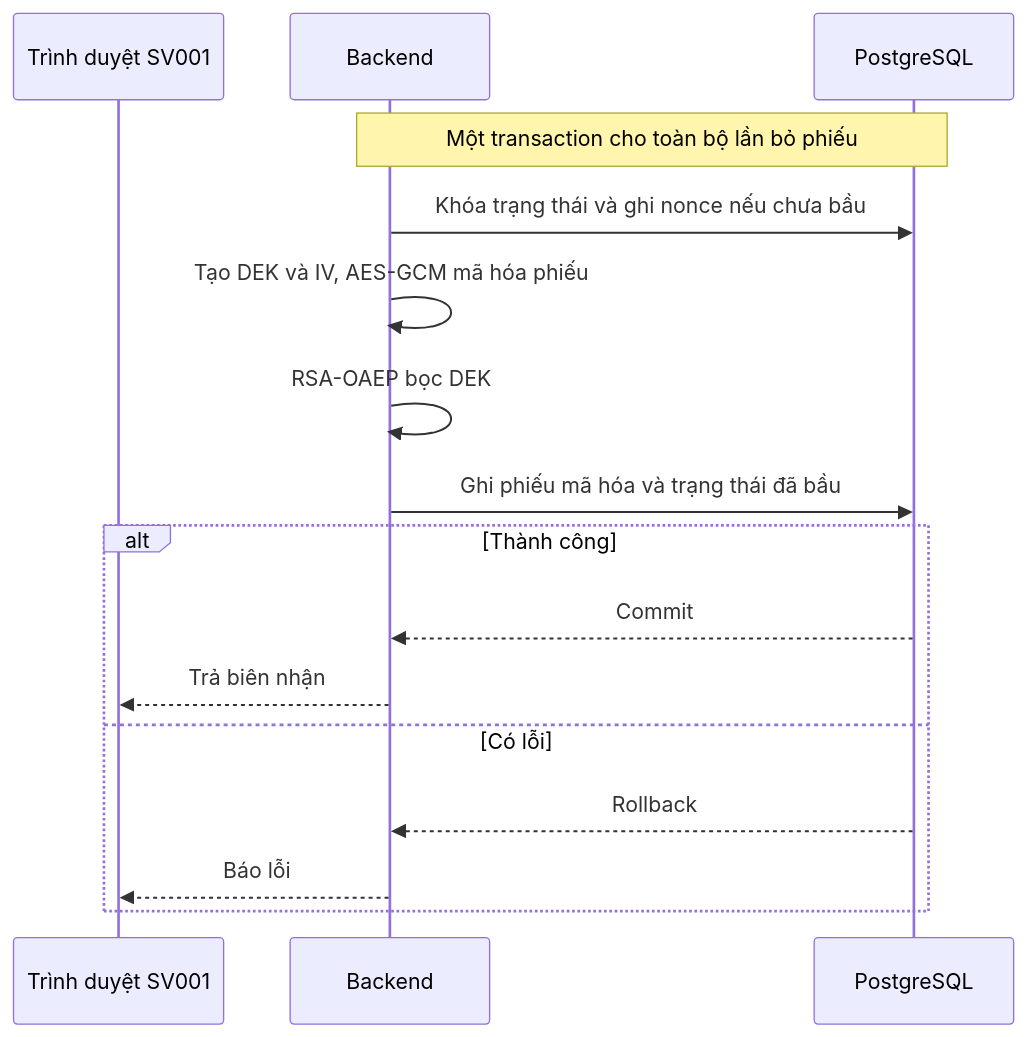
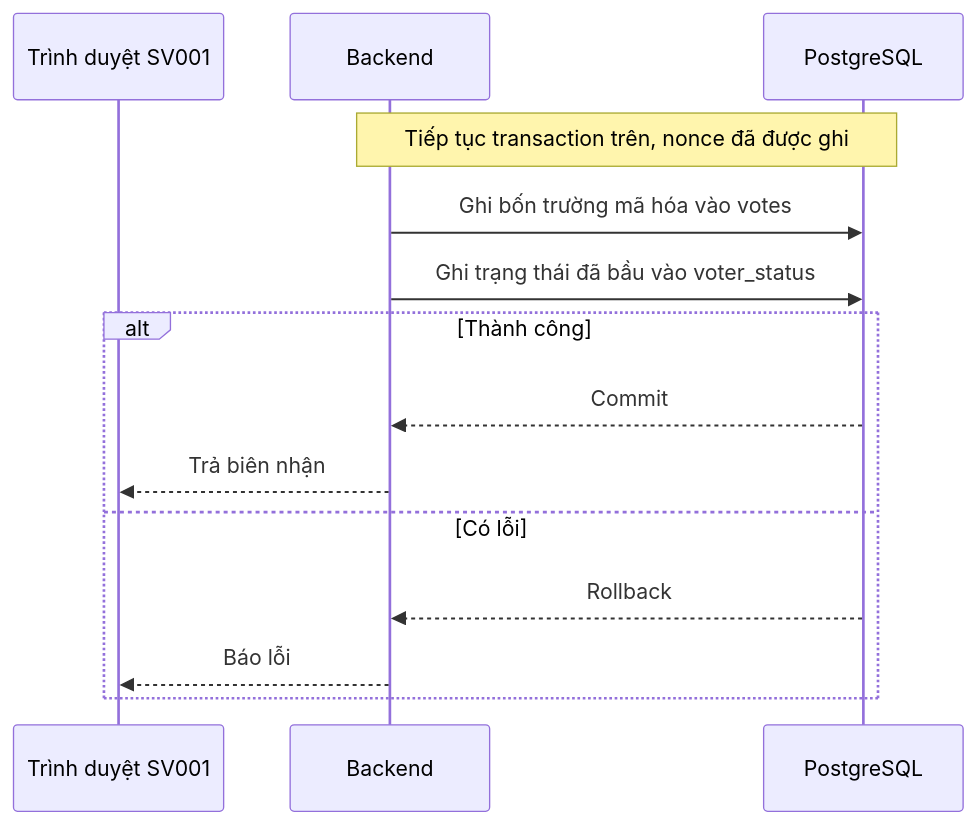
The fifth of 6 diagrams in docs/BCao.md (lam-vu6868/lab3_evoting), drawn with Mermaid before and after one commit. The commit also changed other lines of this file, not shown here.

````diff
--- a/docs/BCao.md
+++ b/docs/BCao.md
@@ -122,18 +141,16 @@
 ```mermaid
 sequenceDiagram
     participant WEB as Trình duyệt SV001
     participant API as Backend
     participant DB as PostgreSQL
-    Note over API,DB: Một transaction cho toàn bộ lần bỏ phiếu
-    API->>DB: Khóa trạng thái và ghi nonce nếu chưa bầu
-    API->>API: Tạo DEK và IV, AES-GCM mã hóa phiếu
-    API->>API: RSA-OAEP bọc DEK
-    API->>DB: Ghi phiếu mã hóa và trạng thái đã bầu
+    Note over API,DB: Tiếp tục transaction trên, nonce đã được ghi
+    API->>DB: Ghi bốn trường mã hóa vào votes
+    API->>DB: Ghi trạng thái đã bầu vào voter_status
     alt Thành công
         DB-->>API: Commit
         API-->>WEB: Trả biên nhận
     else Có lỗi
         DB-->>API: Rollback
         API-->>WEB: Báo lỗi
     end
 ```
````
